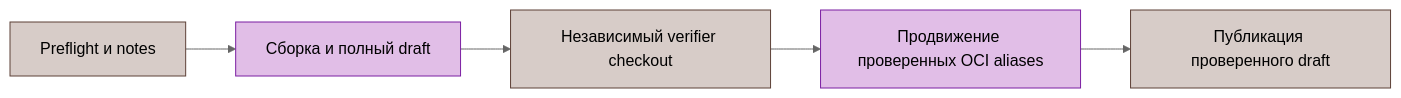
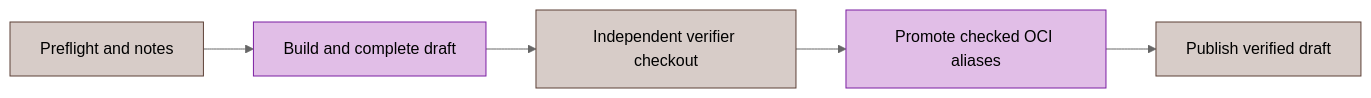
The diagram in docs/ru/reference/automation.md (dantte-lp/gobfd), drawn with Mermaid (neutral theme) before and after one commit. The commit also changed other lines of this file and 52 other files, not shown here.

````diff
--- a/docs/ru/reference/automation.md
+++ b/docs/ru/reference/automation.md
@@ -34,9 +34,9 @@
 ```mermaid
 flowchart LR
-    identity["Preflight и notes"]:::mgt --> build["Сборка и полный draft"]:::srv
-    build --> verify["Независимый verifier checkout"]:::mgt
-    verify --> aliases["Продвижение проверенных OCI aliases"]:::srv
-    aliases --> publish["Публикация проверенного draft"]:::mgt
+    identity["Preflight and notes"]:::mgt --> build["Build and complete draft"]:::srv
+    build --> verify["Independent verifier checkout"]:::mgt
+    verify --> aliases["Promote checked OCI aliases"]:::srv
+    aliases --> publish["Publish verified draft"]:::mgt
     classDef srv fill:#e1bee7,stroke:#7b1fa2,color:#000
     classDef mgt fill:#d7ccc8,stroke:#5d4037,color:#000
 ```
````
